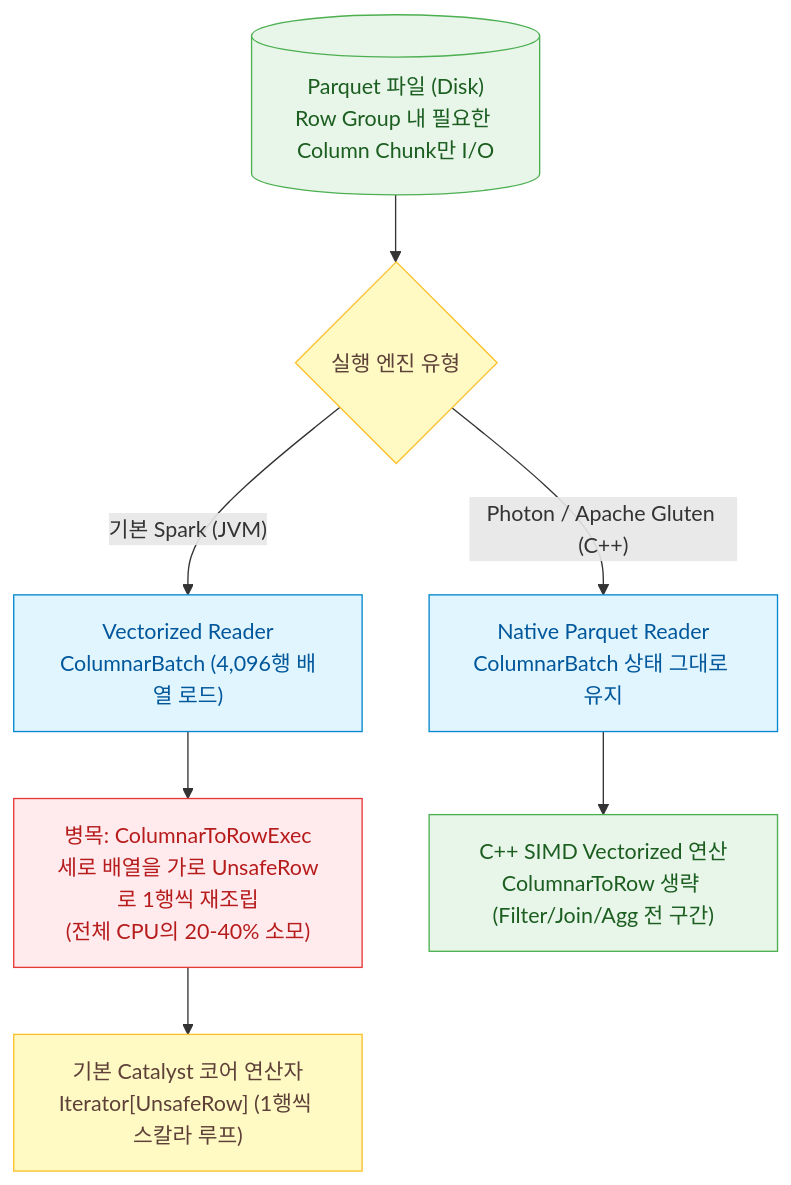
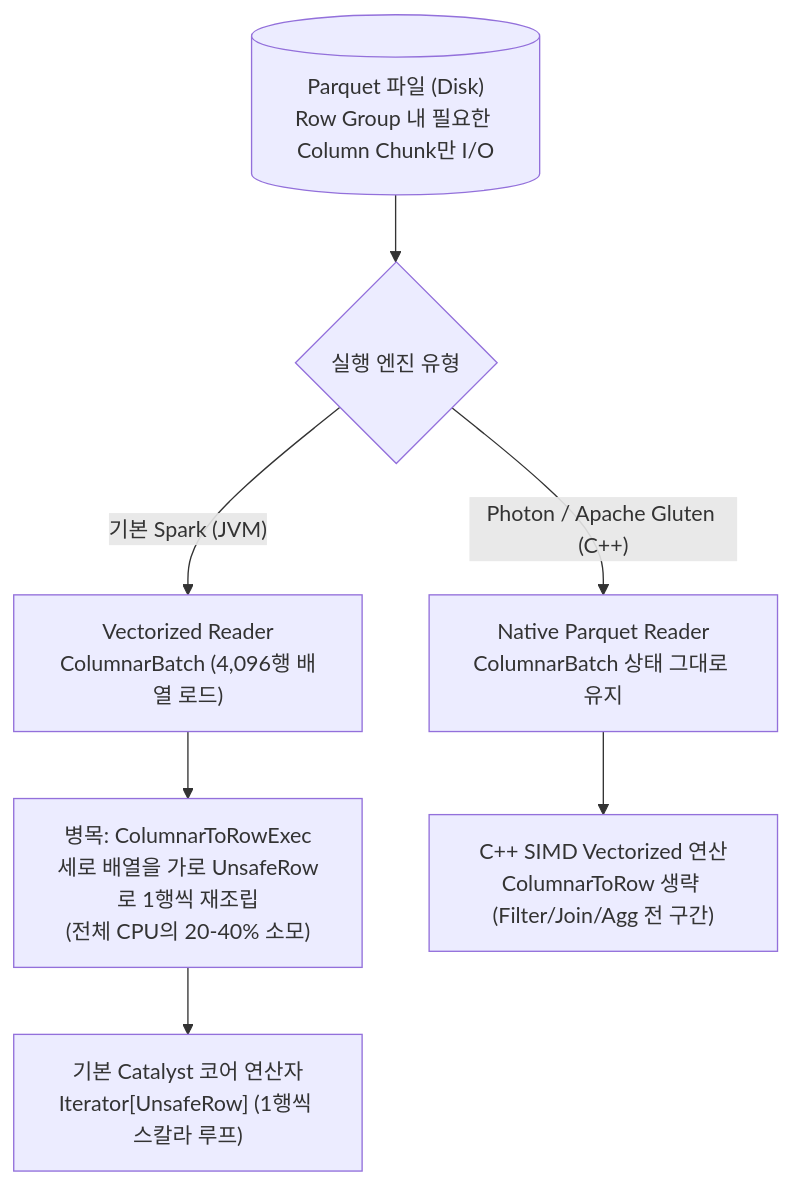
The sixth of 11 diagrams in docs/dbms/distributed/mapreduce-spark-and-distributed-db-internals.md (djpibo/djpibo.github.io), drawn with Mermaid before and after one commit. The commit also changed other lines of this file and 8 other files, not shown here.

Commit message:
style(mermaid): unify all diagrams to monochrome and remove colored rect boxes

````diff
--- a/docs/dbms/distributed/mapreduce-spark-and-distributed-db-internals.md
+++ b/docs/dbms/distributed/mapreduce-spark-and-distributed-db-internals.md
@@ -310,21 +293,17 @@
 ```mermaid
 flowchart TD
-    classDef storage fill:#E8F5E9,stroke:#4CAF50,color:#1B5E20;
-    classDef process fill:#FFF9C4,stroke:#FBC02D,color:#5D4037;
-    classDef cloud fill:#E1F5FE,stroke:#0288D1,color:#01579B;
-    classDef danger fill:#FFEBEE,stroke:#E53935,color:#B71C1C;
 
-    PARQ[("Parquet 파일 (Disk)<br/>Row Group 내 필요한 Column Chunk만 I/O")]:::storage
-    DEC{"실행 엔진 유형"}:::process
+    PARQ[("Parquet 파일 (Disk)<br/>Row Group 내 필요한 Column Chunk만 I/O")]
+    DEC{"실행 엔진 유형"}
 
-    V_READ["Vectorized Reader<br/>ColumnarBatch (4,096행 배열 로드)"]:::cloud
-    C2R["병목: ColumnarToRowExec<br/>세로 배열을 가로 UnsafeRow로 1행씩 재조립<br/>(전체 CPU의 20-40% 소모)"]:::danger
-    OP_ROW["기본 Catalyst 코어 연산자<br/>Iterator[UnsafeRow] (1행씩 스칼라 루프)"]:::process
+    V_READ["Vectorized Reader<br/>ColumnarBatch (4,096행 배열 로드)"]
+    C2R["병목: ColumnarToRowExec<br/>세로 배열을 가로 UnsafeRow로 1행씩 재조립<br/>(전체 CPU의 20-40% 소모)"]
+    OP_ROW["기본 Catalyst 코어 연산자<br/>Iterator[UnsafeRow] (1행씩 스칼라 루프)"]
 
-    N_READ["Native Parquet Reader<br/>ColumnarBatch 상태 그대로 유지"]:::cloud
-    N_OP["C++ SIMD Vectorized 연산<br/>ColumnarToRow 생략 (Filter/Join/Agg 전 구간)"]:::storage
+    N_READ["Native Parquet Reader<br/>ColumnarBatch 상태 그대로 유지"]
+    N_OP["C++ SIMD Vectorized 연산<br/>ColumnarToRow 생략 (Filter/Join/Agg 전 구간)"]
 
     PARQ --> DEC
     DEC -->|"기본 Spark (JVM)"| V_READ --> C2R --> OP_ROW
     DEC -->|"Photon / Apache Gluten (C++)"| N_READ --> N_OP
 ```
````
